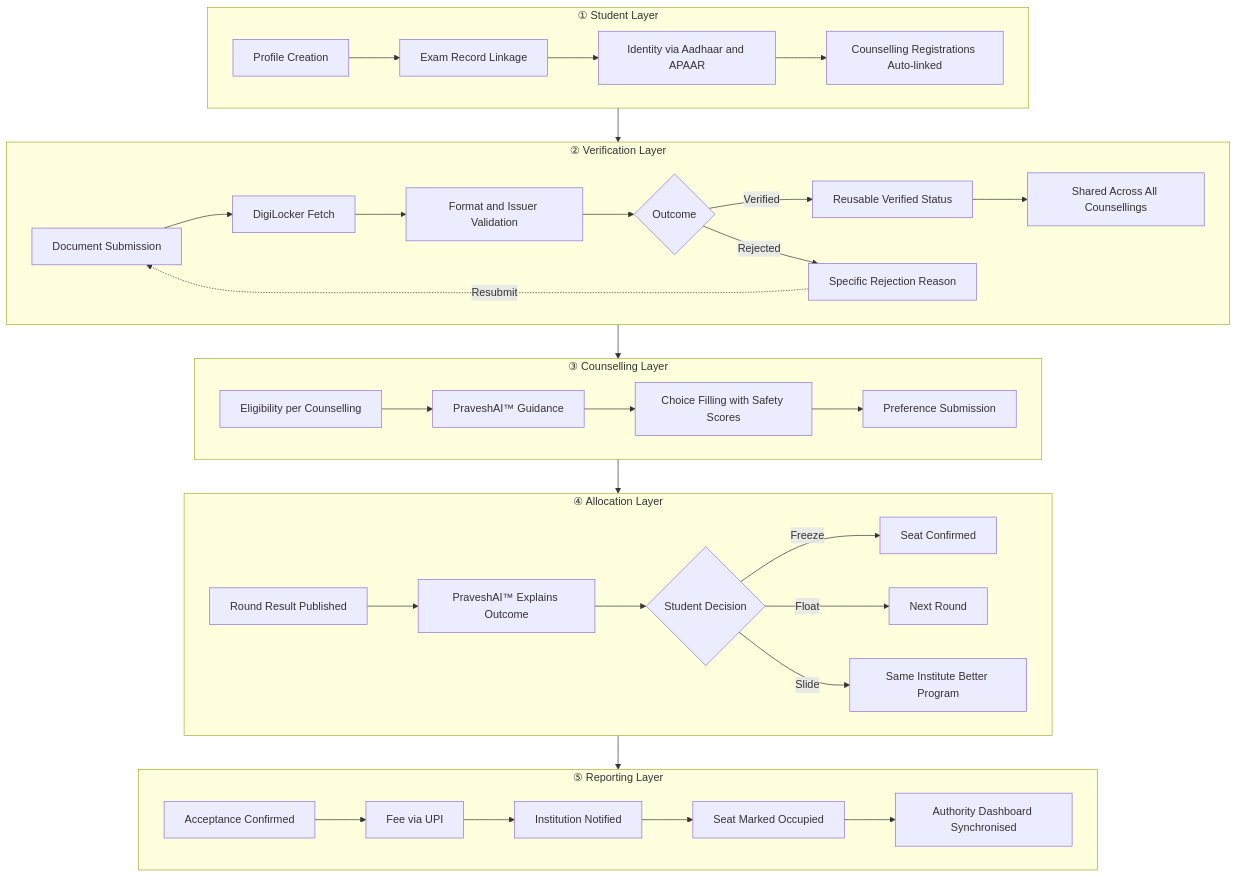
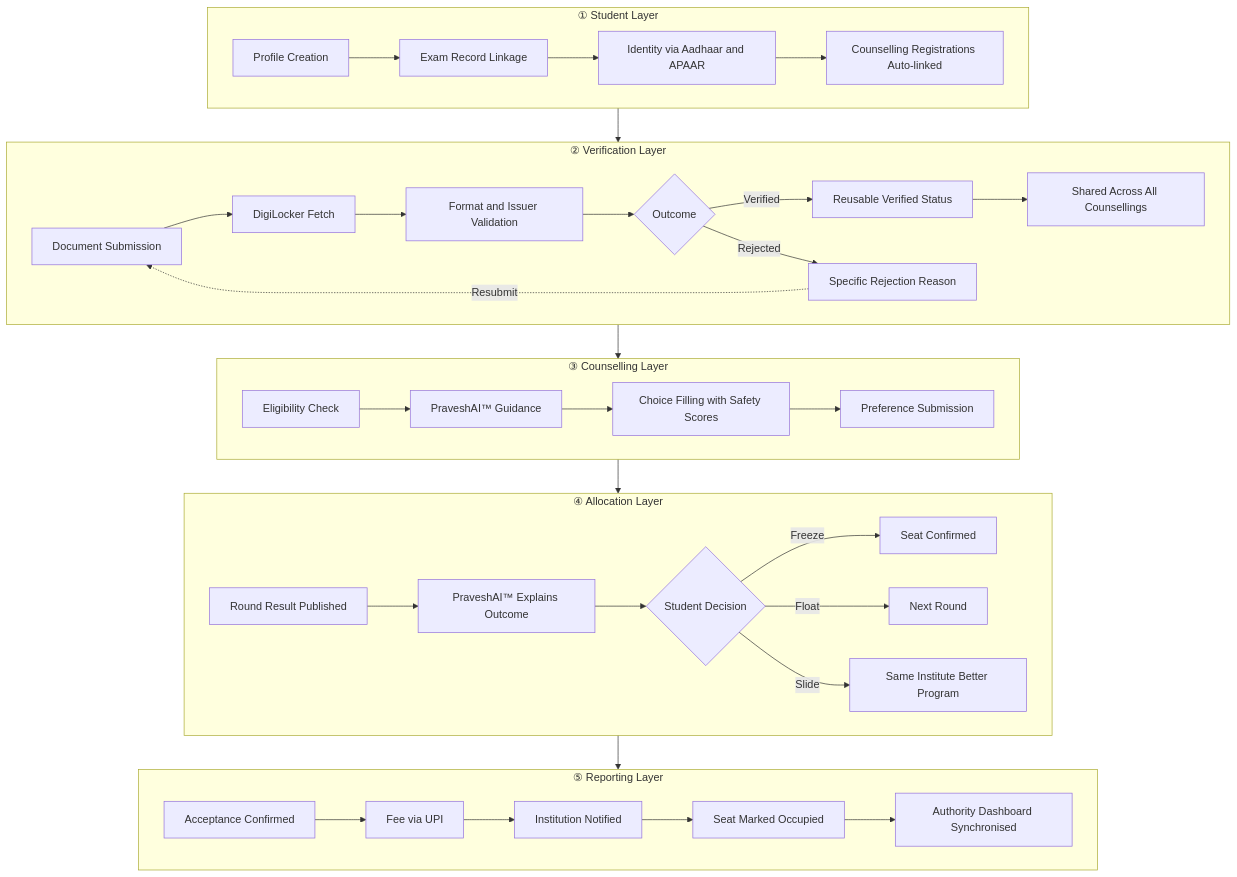
One commit to aashrutsharma2/docs changed the first of 2 diagrams in foundation.mdx. Above: the diagram before and after it, drawn with Mermaid. The commit also changed other lines of this file, not shown here.

````diff
--- a/foundation.mdx
+++ b/foundation.mdx
@@ -340,41 +91,36 @@
 ```mermaid
 flowchart TD
     subgraph SL ["① Student Layer"]
         S1[Profile Creation] --> S2[Exam Record Linkage]
         S2 --> S3[Identity via Aadhaar and APAAR]
         S3 --> S4[Counselling Registrations Auto-linked]
     end
-
     subgraph VL ["② Verification Layer"]
         V1[Document Submission] --> V2[DigiLocker Fetch]
         V2 --> V3[Format and Issuer Validation]
         V3 --> V4{Outcome}
         V4 -- Verified --> V5[Reusable Verified Status]
         V4 -- Rejected --> V6[Specific Rejection Reason]
         V6 -.->|Resubmit| V1
         V5 --> V7[Shared Across All Counsellings]
     end
-
     subgraph CL ["③ Counselling Layer"]
-        C1[Eligibility per Counselling] --> C2[PraveshAI™ Guidance]
+        C1[Eligibility Check] --> C2[PraveshAI™ Guidance]
         C2 --> C3[Choice Filling with Safety Scores]
         C3 --> C4[Preference Submission]
     end
-
     subgraph AL ["④ Allocation Layer"]
         A1[Round Result Published] --> A2[PraveshAI™ Explains Outcome]
         A2 --> A3{Student Decision}
         A3 -- Freeze --> A4[Seat Confirmed]
         A3 -- Float --> A5[Next Round]
         A3 -- Slide --> A6[Same Institute Better Program]
     end
-
     subgraph RL ["⑤ Reporting Layer"]
         R1[Acceptance Confirmed] --> R2[Fee via UPI]
         R2 --> R3[Institution Notified]
         R3 --> R4[Seat Marked Occupied]
         R4 --> R5[Authority Dashboard Synchronised]
     end
-
     SL --> VL --> CL --> AL --> RL
 ```
````
